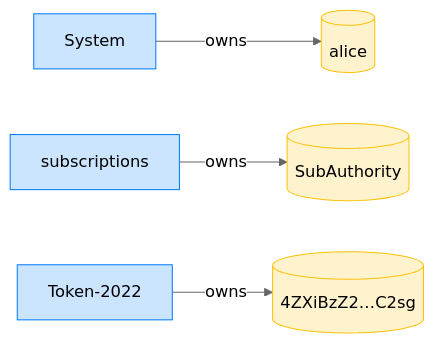
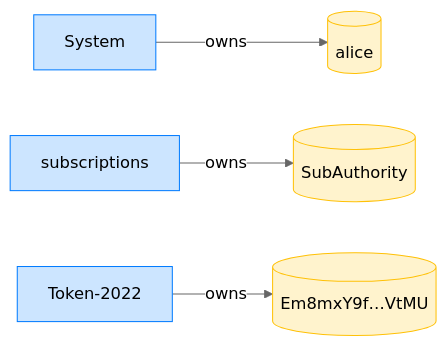
One commit to cds-rs/subscriptions changed the fourth of 4 diagrams in dsl_tests/initialize-over-a-token-2022-mint---nontransferable--.md. Above: the diagram before and after it, drawn with Mermaid (neutral theme). The commit also changed other lines of this file and 224 other files, not shown here.

````diff
--- a/dsl_tests/initialize-over-a-token-2022-mint---nontransferable--.md
+++ b/dsl_tests/initialize-over-a-token-2022-mint---nontransferable--.md
@@ -73,14 +78,14 @@
 ```mermaid
 flowchart LR
     classDef owner fill:#cce5ff,stroke:#007bff;
     classDef account fill:#fff3cd,stroke:#ffc107;
     System[System]:::owner
     alice[(alice)]:::account
     subscriptions[subscriptions]:::owner
     SubAuthority[(SubAuthority)]:::account
     Token_2022["Token-2022"]:::owner
-    4ZXiBzZ2_C2sg[("4ZXiBzZ2…C2sg")]:::account
+    Em8mxY9f_VtMU[("Em8mxY9f…VtMU")]:::account
     System -->|owns| alice
     subscriptions -->|owns| SubAuthority
-    Token_2022 -->|owns| 4ZXiBzZ2_C2sg
+    Token_2022 -->|owns| Em8mxY9f_VtMU
 ```
````
